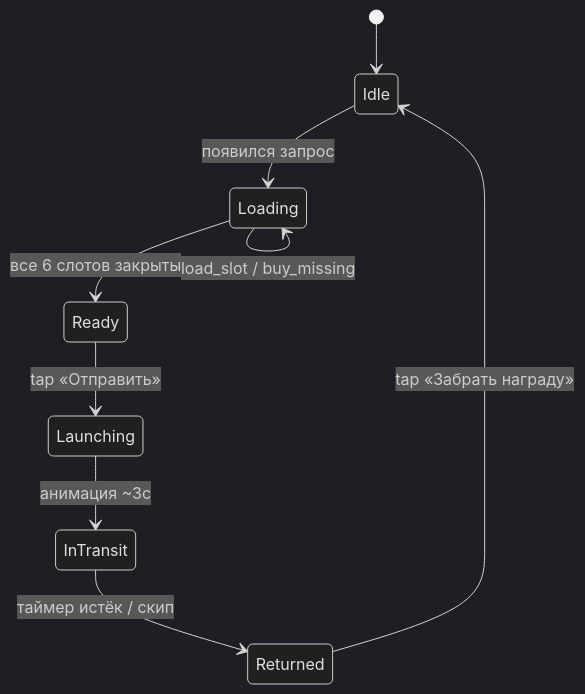
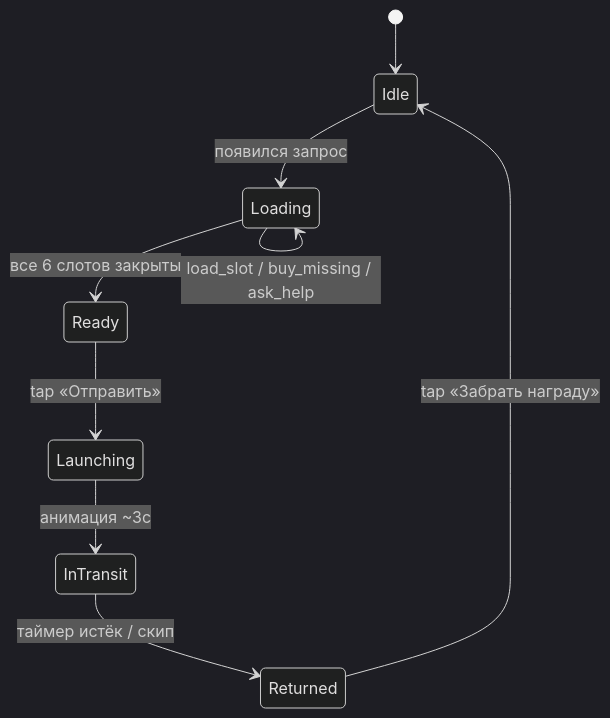
One commit to KMNV777/main_arsen changed the diagram in test-task/04_feature_spec.md. Above: the diagram before and after it, drawn with Mermaid (dark theme). The commit also changed other lines of this file, not shown here.

Commit message:
Task 4: rewrite as SA-style integrated spec — answers woven into context, UI, FRs, alt flows, AC

````diff
--- a/test-task/04_feature_spec.md
+++ b/test-task/04_feature_spec.md
@@ -120,11 +218,11 @@
 ```mermaid
 stateDiagram-v2
     [*] --> Idle
     Idle --> Loading: появился запрос
-    Loading --> Loading: load_slot / buy_missing
+    Loading --> Loading: load_slot / buy_missing / ask_help
     Loading --> Ready: все 6 слотов закрыты
     Ready --> Launching: tap «Отправить»
     Launching --> InTransit: анимация ~3с
     InTransit --> Returned: таймер истёк / скип
     Returned --> Idle: tap «Забрать награду»
 ```
````
